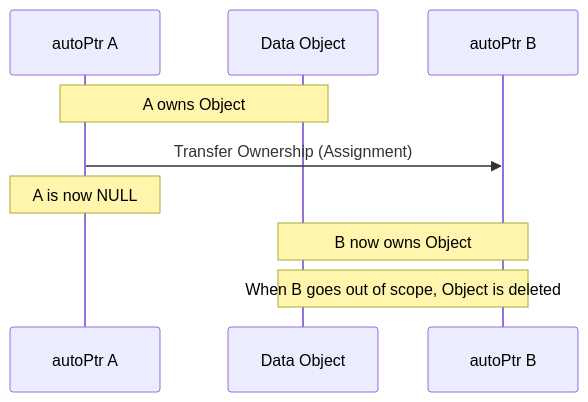
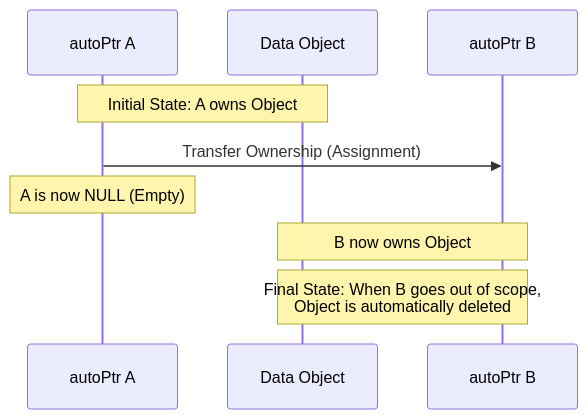
The first of 2 diagrams in MODULE_05_OPENFOAM_PROGRAMMING/CONTENT/01_FOUNDATION_PRIMITIVES/04_Smart_Pointers.md (wramet/build-my-cfd), drawn with Mermaid before and after one commit. The commit also changed other lines of this file and 313 other files, not shown here.

Commit message:
Revise all diagram

````diff
--- a/MODULE_05_OPENFOAM_PROGRAMMING/CONTENT/01_FOUNDATION_PRIMITIVES/04_Smart_Pointers.md
+++ b/MODULE_05_OPENFOAM_PROGRAMMING/CONTENT/01_FOUNDATION_PRIMITIVES/04_Smart_Pointers.md
@@ -24,12 +24,11 @@
 ```mermaid
 sequenceDiagram
-    participant P1 as autoPtr A
-    participant Obj as Data Object
-    participant P2 as autoPtr B
-
-    Note over P1,Obj: A owns Object
-    P1->>P2: Transfer Ownership (Assignment)
-    Note over P1: A is now NULL
-    Note over P2,Obj: B now owns Object
-    Note over P2,Obj: When B goes out of scope, Object is deleted
+participant P1 as autoPtr A
+participant Obj as Data Object
+participant P2 as autoPtr B
+Note over P1,Obj: Initial State: A owns Object
+P1->>P2: Transfer Ownership (Assignment)
+Note over P1: A is now NULL (Empty)
+Note over P2,Obj: B now owns Object
+Note over P2,Obj: Final State: When B goes out of scope,<br/>Object is automatically deleted
 ```
````
